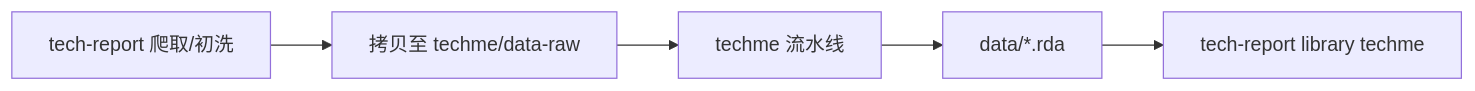
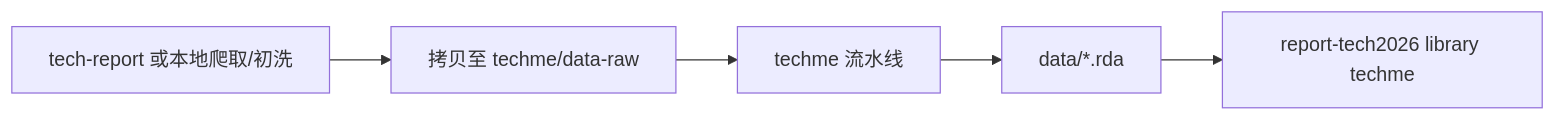
The diagram in .cursor/skills/techme-report-bridge/SKILL.md (huhuaping/techme), drawn with Mermaid before and after one commit. The commit also changed other lines of this file and 1 other file, not shown here.

Commit message:
Add 2026 report data-coverage audit and update report bridge SOP.

````diff
--- a/.cursor/skills/techme-report-bridge/SKILL.md
+++ b/.cursor/skills/techme-report-bridge/SKILL.md
@@ -27,9 +30,9 @@
 ```mermaid
 flowchart LR
-    scrape[tech-report 爬取/初洗]
+    scrape[tech-report 或本地爬取/初洗]
     copy[拷贝至 techme/data-raw]
     pipeline[techme 流水线]
     rda[data/*.rda]
-    report[tech-report library techme]
+    report[report-tech2026 library techme]
     scrape --> copy --> pipeline --> rda --> report
 ```
````
